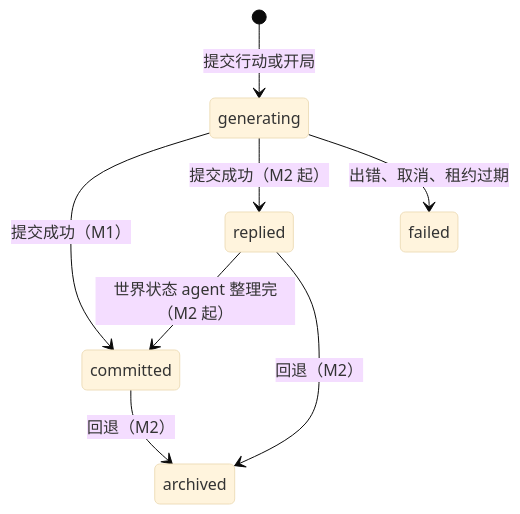
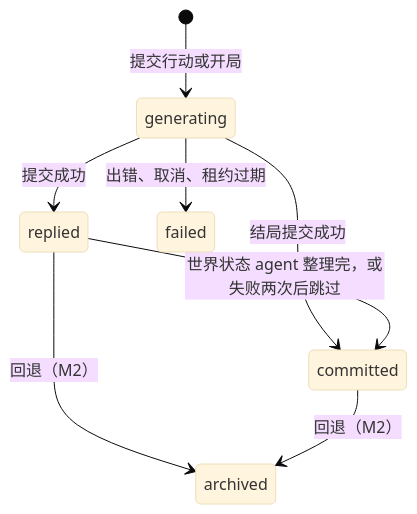
Before and after one commit to Hexthebaldy/BetterTavern: the diagram in docs/data-model/story.md, drawn with Mermaid (base theme). The commit also changed other lines of this file and 123 other files, not shown here.

````diff
--- a/docs/data-model/story.md
+++ b/docs/data-model/story.md
@@ -167,10 +167,10 @@
 ```mermaid
 stateDiagram-v2
     [*] --> generating: 提交行动或开局
-    generating --> committed: 提交成功（M1）
-    generating --> replied: 提交成功（M2 起）
-    replied --> committed: 世界状态 agent 整理完（M2 起）
+    generating --> replied: 提交成功
+    generating --> committed: 结局提交成功
+    replied --> committed: 世界状态 agent 整理完，或失败两次后跳过
     generating --> failed: 出错、取消、租约过期
     replied --> archived: 回退（M2）
     committed --> archived: 回退（M2）
 ```
````
